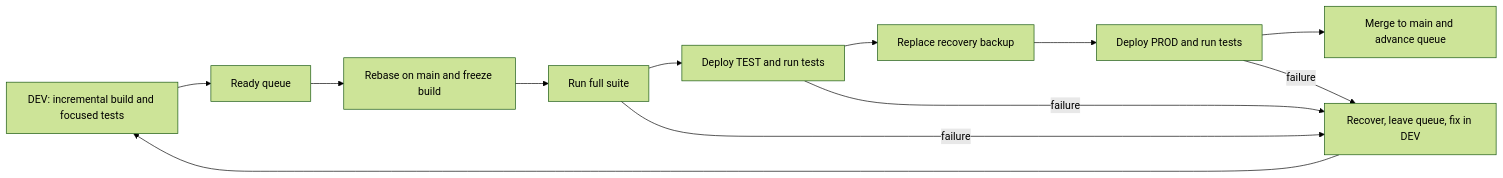
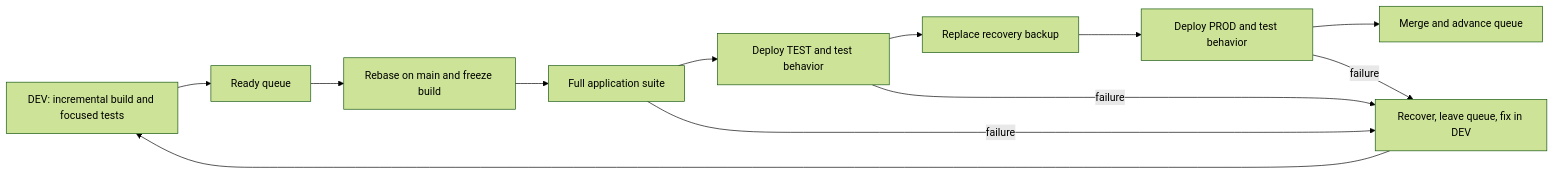
The diagram in docs/plans/057-simpler-development-delivery.md (coletaylor788/puddles), drawn with Mermaid (forest theme) before and after one commit. The commit also changed other lines of this file and 2 other files, not shown here.

Commit message:
docs: separate release tooling and require durable behavior tests

````diff
--- a/docs/plans/057-simpler-development-delivery.md
+++ b/docs/plans/057-simpler-development-delivery.md
@@ -28,14 +29,14 @@
 ```mermaid
 flowchart LR
   D[DEV: incremental build and focused tests] --> Q[Ready queue]
   Q --> R[Rebase on main and freeze build]
-  R --> F[Run full suite]
-  F --> T[Deploy TEST and run tests]
+  R --> F[Full application suite]
+  F --> T[Deploy TEST and test behavior]
   T --> B[Replace recovery backup]
-  B --> P[Deploy PROD and run tests]
-  P --> M[Merge to main and advance queue]
+  B --> P[Deploy PROD and test behavior]
+  P --> M[Merge and advance queue]
   F -->|failure| X[Recover, leave queue, fix in DEV]
   T -->|failure| X
   P -->|failure| X
   X --> D
 ```
````
